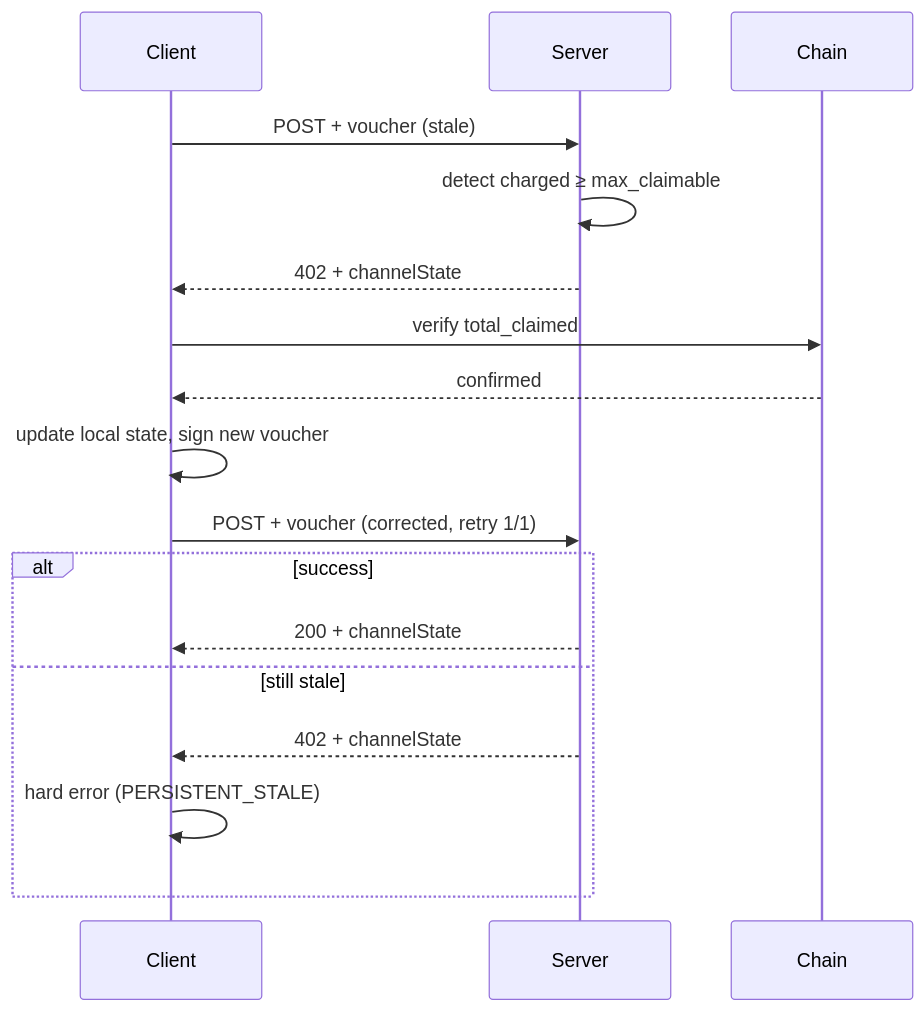
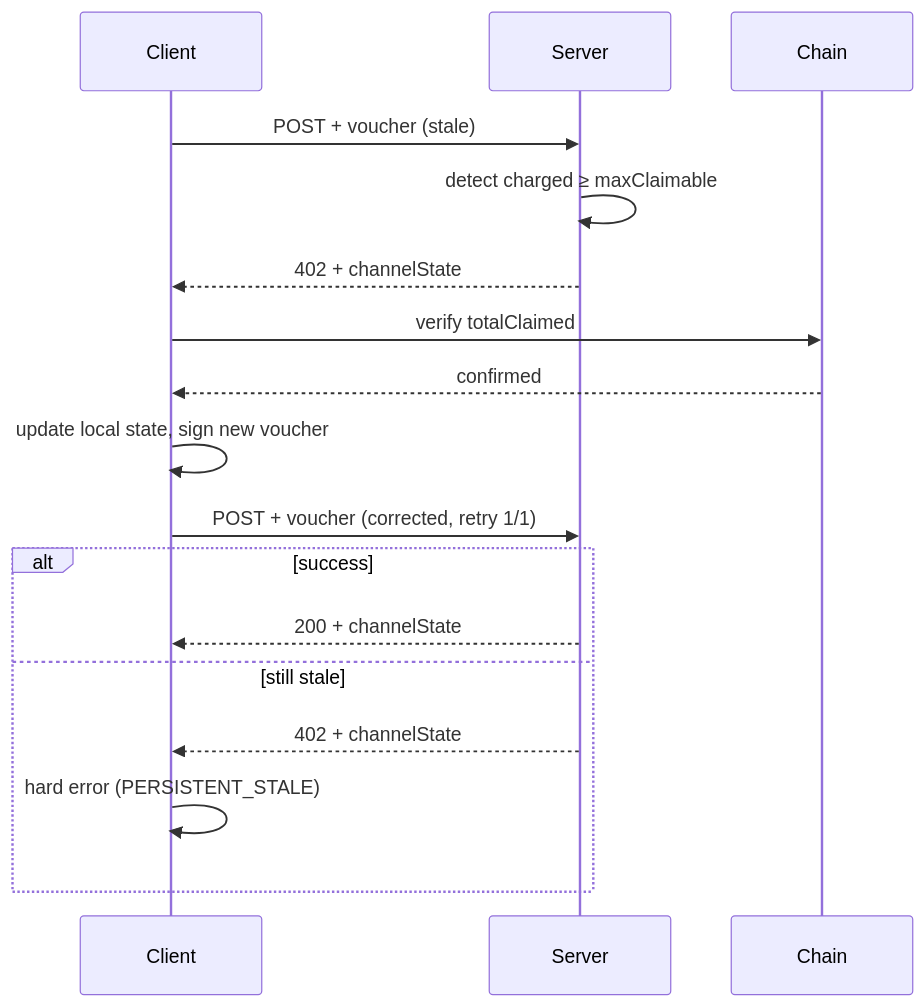
Before and after one commit to x402-foundation/x402: the diagram in docs/schemes/batch-settlement-recovery.mdx, drawn with Mermaid. The commit also changed other lines of this file and 4 other files, not shown here.

````diff
--- a/docs/schemes/batch-settlement-recovery.mdx
+++ b/docs/schemes/batch-settlement-recovery.mdx
@@ -63,20 +63,20 @@
 ```mermaid
 sequenceDiagram
     participant Client
     participant Server
     participant Chain
 
     Client->>Server: POST + voucher (stale)
-    Server->>Server: detect charged ≥ max_claimable
+    Server->>Server: detect charged ≥ maxClaimable
     Server-->>Client: 402 + channelState
-    Client->>Chain: verify total_claimed
+    Client->>Chain: verify totalClaimed
     Chain-->>Client: confirmed
     Client->>Client: update local state, sign new voucher
     Client->>Server: POST + voucher (corrected, retry 1/1)
     alt success
       Server-->>Client: 200 + channelState
     else still stale
       Server-->>Client: 402 + channelState
       Client->>Client: hard error (PERSISTENT_STALE)
     end
 ```
````
